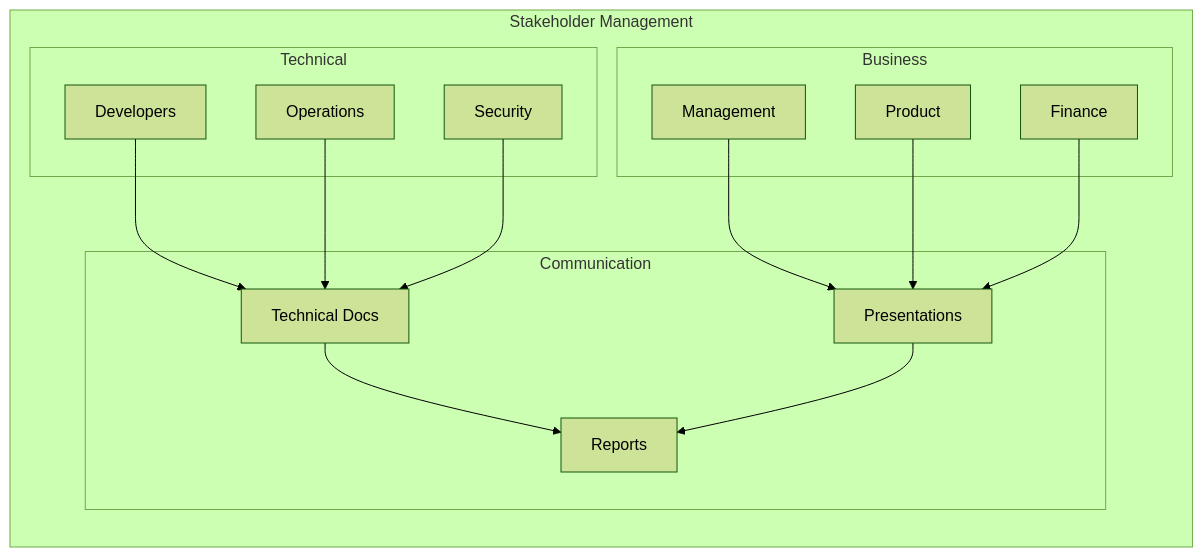
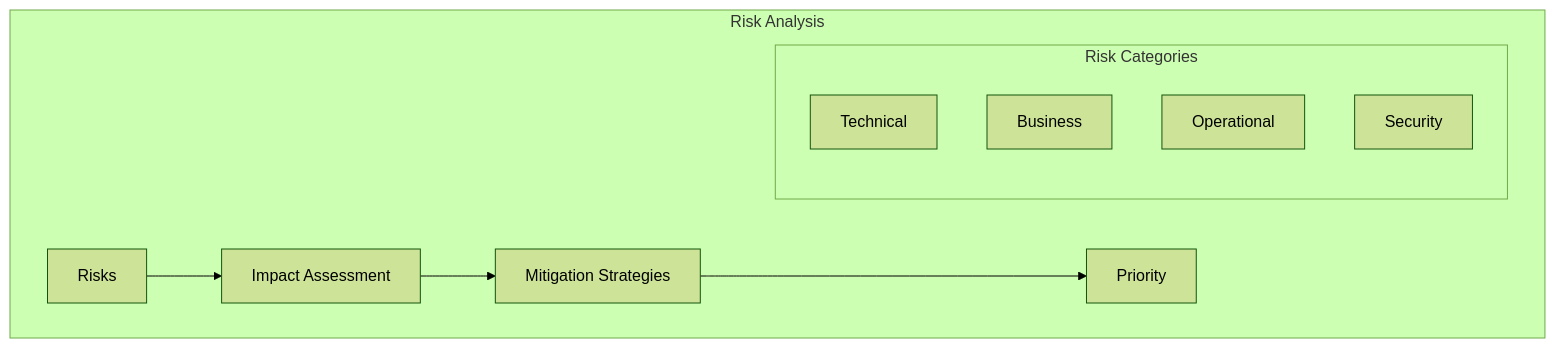
One commit to saravanakumarrc/Architecture_Journey changed the fourth of 5 diagrams in src/Trade_off_Analysis.md. Above: the diagram before and after it, drawn with Mermaid (forest theme). The commit also changed other lines of this file and 7 other files, not shown here.

First line of the commit message:
Refactor Trade-off Analysis documentation and enhance architecture governance models

````diff
--- a/src/Trade_off_Analysis.md
+++ b/src/Trade_off_Analysis.md
@@ -245,28 +174,15 @@
 ```mermaid
 graph TB
-    subgraph "Stakeholder Management"
-        direction TB
+    subgraph "Risk Analysis"
+        R[Risks] --> I[Impact Assessment]
+        I --> M[Mitigation Strategies]
+        M --> P[Priority]
         
-        subgraph "Technical"
-            T1[Developers]
-            T2[Operations]
-            T3[Security]
+        subgraph "Risk Categories"
+            T[Technical]
+            B[Business]
+            O[Operational]
+            S[Security]
         end
-        
-        subgraph "Business"
-            B1[Management]
-            B2[Product]
-            B3[Finance]
-        end
-        
-        subgraph "Communication"
-            C1[Technical Docs]
-            C2[Presentations]
-            C3[Reports]
-        end
-        
-        T1 & T2 & T3 --> C1
-        B1 & B2 & B3 --> C2
-        C1 & C2 --> C3
     end
 ```
````
